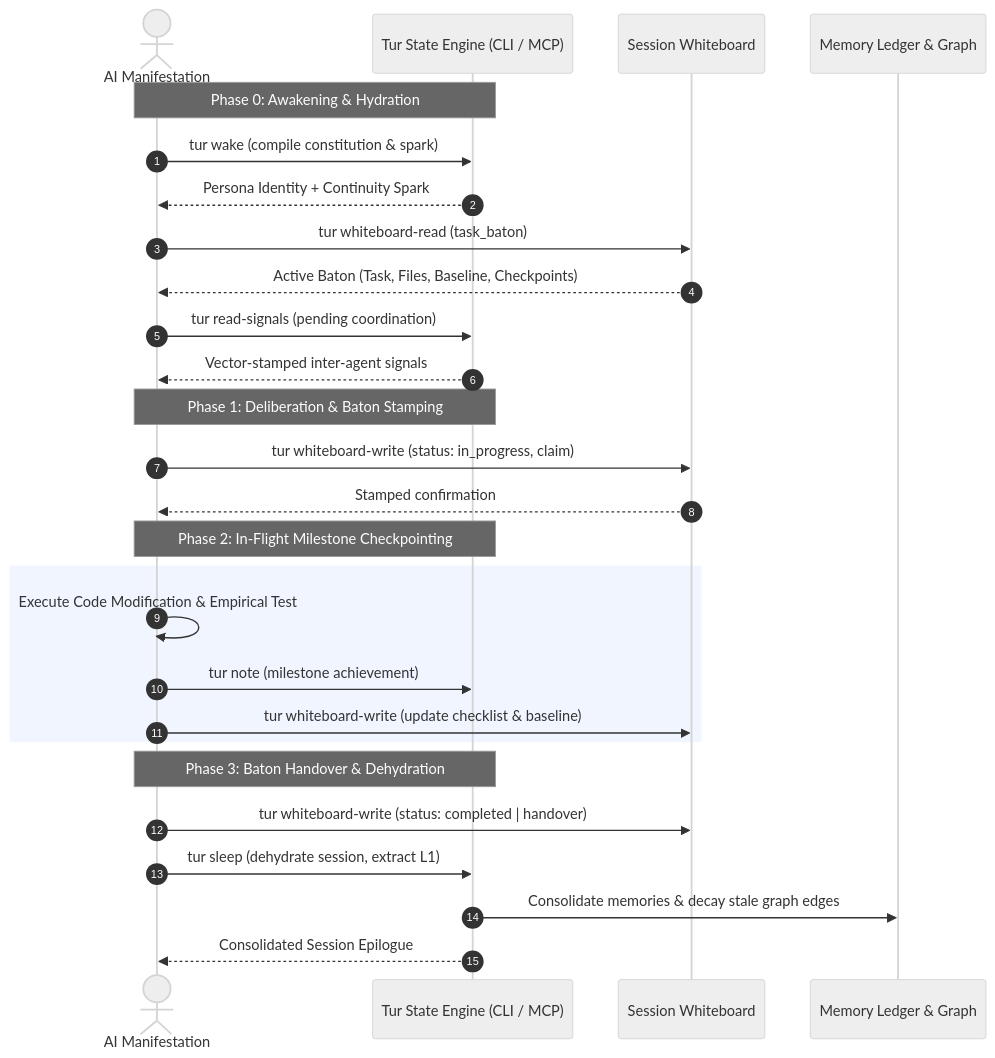
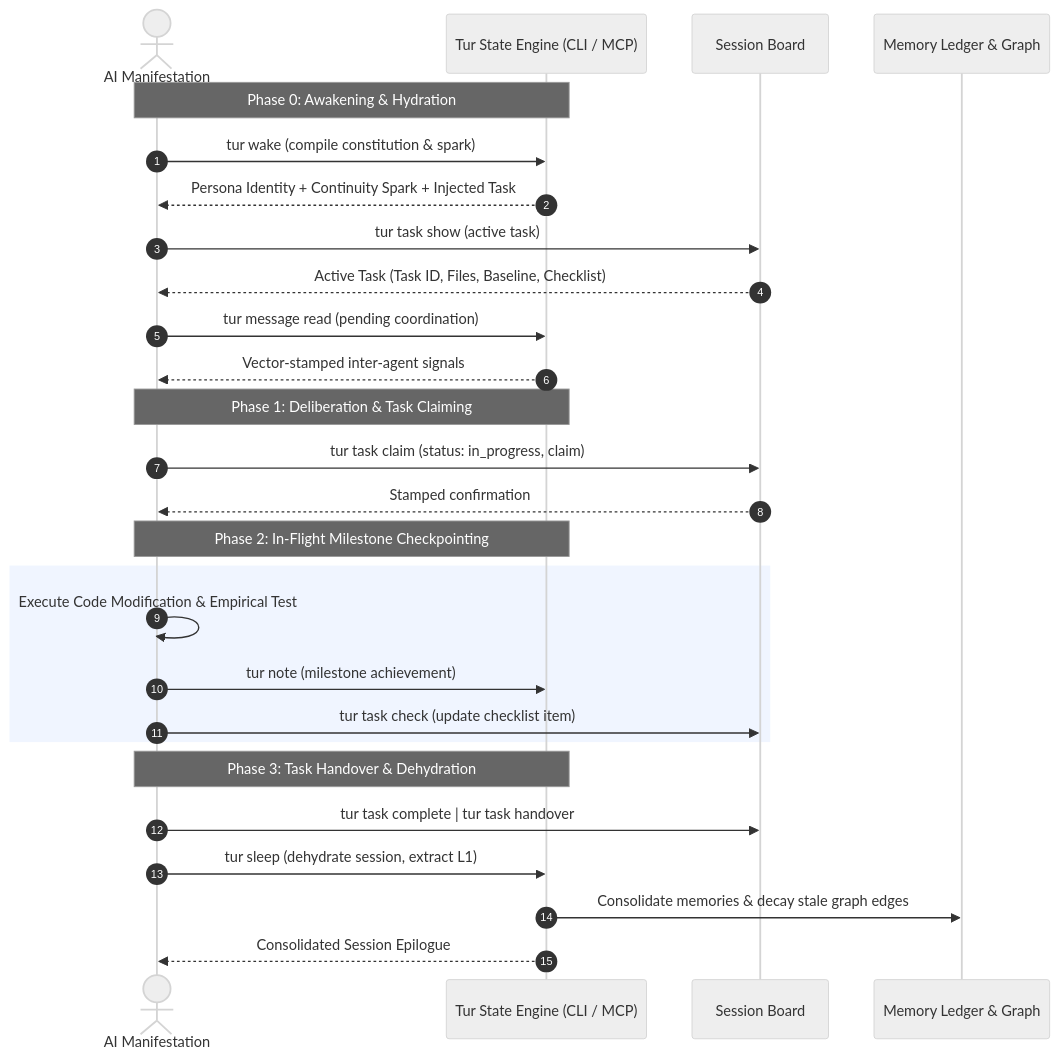
The diagram in docs/proposals/EP-0147-agent-operational-workflows-and-context-preservation.md (erivlis/tur), drawn with Mermaid (neutral theme) before and after one commit. The commit also changed other lines of this file and 12 other files, not shown here.

Commit message:
feat(task): Implement task coordination and management features for EP-0147 and EP-0149

````diff
--- a/docs/proposals/EP-0147-agent-operational-workflows-and-context-preservation.md
+++ b/docs/proposals/EP-0147-agent-operational-workflows-and-context-preservation.md
@@ -102,30 +102,30 @@
 ```mermaid
 sequenceDiagram
     autonumber
     actor Agent as AI Manifestation
     participant Tur as Tur State Engine (CLI / MCP)
-    participant WB as Session Whiteboard
+    participant WB as Session Board
     participant L1 as Memory Ledger & Graph
     Note over Agent, Tur: Phase 0: Awakening & Hydration
     Agent ->> Tur: tur wake (compile constitution & spark)
-    Tur -->> Agent: Persona Identity + Continuity Spark
-    Agent ->> WB: tur whiteboard-read (task_baton)
-    WB -->> Agent: Active Baton (Task, Files, Baseline, Checkpoints)
-    Agent ->> Tur: tur read-signals (pending coordination)
+    Tur -->> Agent: Persona Identity + Continuity Spark + Injected Task
+    Agent ->> WB: tur task show (active task)
+    WB -->> Agent: Active Task (Task ID, Files, Baseline, Checklist)
+    Agent ->> Tur: tur message read (pending coordination)
     Tur -->> Agent: Vector-stamped inter-agent signals
-    Note over Agent, Tur: Phase 1: Deliberation & Baton Stamping
-    Agent ->> WB: tur whiteboard-write (status: in_progress, claim)
+    Note over Agent, Tur: Phase 1: Deliberation & Task Claiming
+    Agent ->> WB: tur task claim (status: in_progress, claim)
     WB -->> Agent: Stamped confirmation
     Note over Agent, Tur: Phase 2: In-Flight Milestone Checkpointing
     rect rgb(240, 245, 255)
         Agent ->> Agent: Execute Code Modification & Empirical Test
         Agent ->> Tur: tur note (milestone achievement)
-        Agent ->> WB: tur whiteboard-write (update checklist & baseline)
+        Agent ->> WB: tur task check (update checklist item)
     end
 
-    Note over Agent, Tur: Phase 3: Baton Handover & Dehydration
-    Agent ->> WB: tur whiteboard-write (status: completed | handover)
+    Note over Agent, Tur: Phase 3: Task Handover & Dehydration
+    Agent ->> WB: tur task complete | tur task handover
     Agent ->> Tur: tur sleep (dehydrate session, extract L1)
     Tur ->> L1: Consolidate memories & decay stale graph edges
     Tur -->> Agent: Consolidated Session Epilogue
 ```
````
